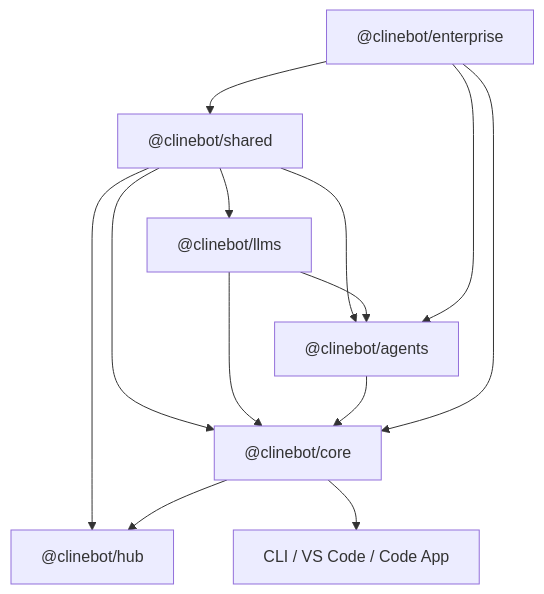
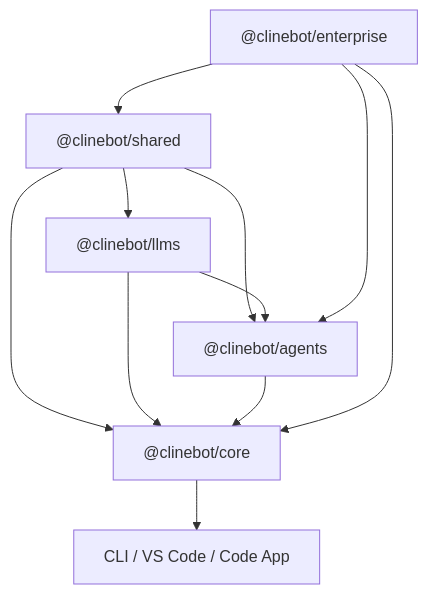
The diagram in sdk/AGENTS.md (Dastan-Prince/cline-cn), drawn with Mermaid before and after one commit. The commit also changed other lines of this file and 72 other files, not shown here.

First line of the commit message:
refactor: fold @clinebot/hub into @clinebot/core (#218)

````diff
--- a/sdk/AGENTS.md
+++ b/sdk/AGENTS.md
@@ -27,9 +26,8 @@
 ```mermaid
 flowchart TD
-  shared["@clinebot/shared"] --> llms["@clinebot/llms"] & agents["@clinebot/agents"] & core["@clinebot/core"] & hub["@clinebot/hub"]
+  shared["@clinebot/shared"] --> llms["@clinebot/llms"] & agents["@clinebot/agents"] & core["@clinebot/core"]
   llms --> agents & core
   agents --> core
-  core --> hub
   enterprise["@clinebot/enterprise"] --> agents & core & shared
   core --> apps["CLI / VS Code / Code App"]
 ```
````
